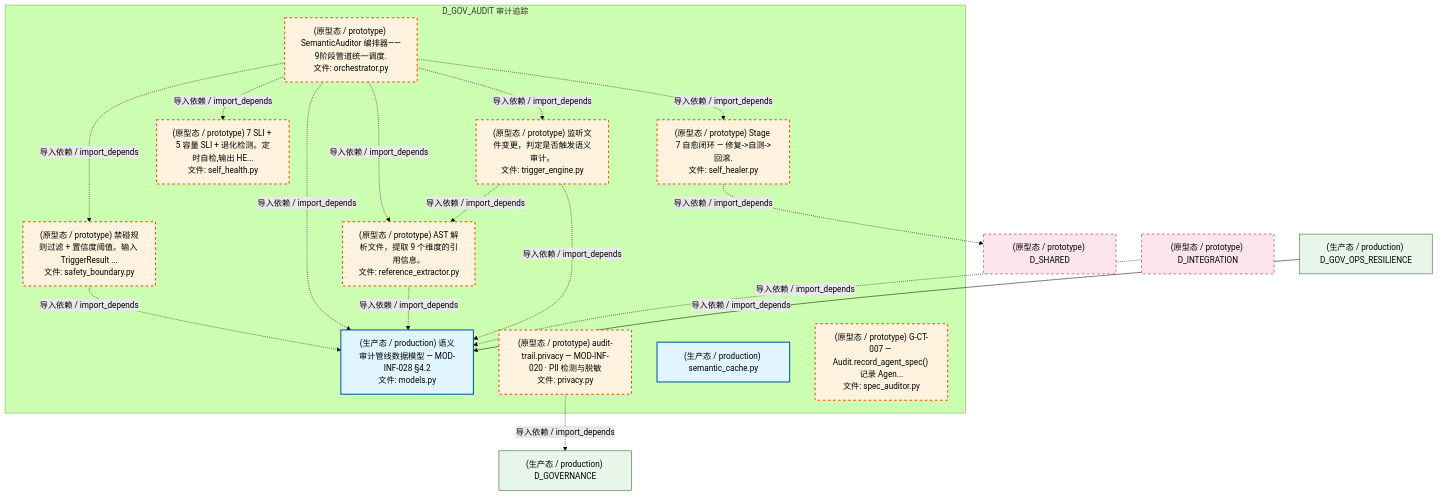
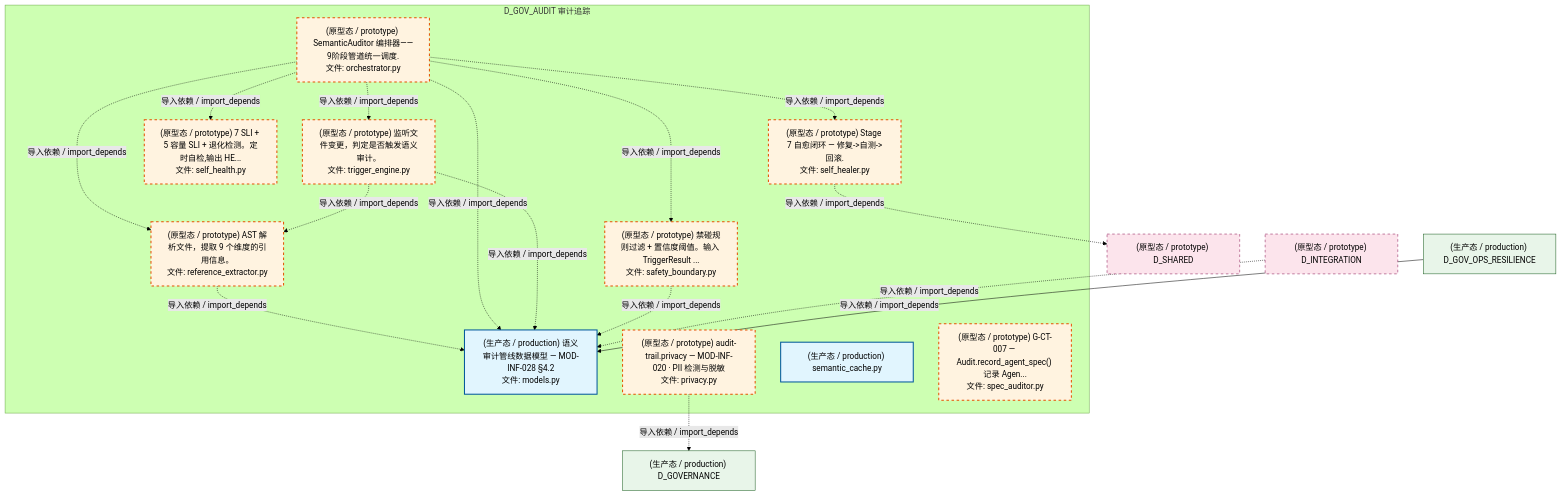
Before and after one commit to xuanFelixVan/ZephyrAlpha: the fourth of 8 diagrams in docs/02_enterprise_architecture/02_domain_architecture_docs/39_d_gov_audit.md, drawn with Mermaid (forest theme). The commit also changed other lines of this file and 102 other files, not shown here.

````diff
--- a/docs/02_enterprise_architecture/02_domain_architecture_docs/39_d_gov_audit.md
+++ b/docs/02_enterprise_architecture/02_domain_architecture_docs/39_d_gov_audit.md
@@ -448,41 +448,41 @@
 ```mermaid
 graph TD
     subgraph D_GOV_AUDIT["D_GOV_AUDIT 审计追踪"]
         src_zephyr_governance_semantic_audit_models_py["(生产态 / production) 语义审计管线数据模型 — MOD-INF-028 §4.2<br/>文件: models.py"]
         src_zephyr_governance_semantic_audit_orchestrator_py["(原型态 / prototype) SemanticAuditor 编排器——9阶段管道统一调度.<br/>文件: orchestrator.py"]
         src_zephyr_governance_semantic_audit_privacy_py["(原型态 / prototype) audit-trail.privacy — MOD-INF-020 · PII 检测与脱敏<br/>文件: privacy.py"]
         src_zephyr_governance_semantic_audit_reference_extractor_py["(原型态 / prototype) AST 解析文件，提取 9 个维度的引用信息。<br/>文件: reference_extractor.py"]
         src_zephyr_governance_semantic_audit_safety_boundary_py["(原型态 / prototype) 禁碰规则过滤 + 置信度阈值。输入 TriggerResult ...<br/>文件: safety_boundary.py"]
         src_zephyr_governance_semantic_audit_self_healer_py["(原型态 / prototype) Stage 7 自愈闭环 — 修复->自测->回滚.<br/>文件: self_healer.py"]
         src_zephyr_governance_semantic_audit_self_health_py["(原型态 / prototype) 7 SLI + 5 容量 SLI + 退化检测。定时自检,输出 HE...<br/>文件: self_health.py"]
         src_zephyr_governance_semantic_audit_semantic_cache_py["(生产态 / production) semantic_cache.py"]
         src_zephyr_governance_semantic_audit_spec_auditor_py["(原型态 / prototype) G-CT-007 — Audit.record_agent_spec() 记录 Agen...<br/>文件: spec_auditor.py"]
         src_zephyr_governance_semantic_audit_trigger_engine_py["(原型态 / prototype) 监听文件变更，判定是否触发语义审计。<br/>文件: trigger_engine.py"]
     end
-    src_zephyr_governance_semantic_audit_safety_boundary_py -.->|导入依赖 / import_depends| src_zephyr_governance_semantic_audit_models_py
+    src_zephyr_governance_semantic_audit_reference_extractor_py -.->|导入依赖 / import_depends| src_zephyr_governance_semantic_audit_models_py
+    src_zephyr_governance_semantic_audit_orchestrator_py -.->|导入依赖 / import_depends| src_zephyr_governance_semantic_audit_models_py
+    src_zephyr_governance_semantic_audit_orchestrator_py -.->|导入依赖 / import_depends| src_zephyr_governance_semantic_audit_reference_extractor_py
+    src_zephyr_governance_semantic_audit_orchestrator_py -.->|导入依赖 / import_depends| src_zephyr_governance_semantic_audit_trigger_engine_py
+    src_zephyr_governance_semantic_audit_orchestrator_py -.->|导入依赖 / import_depends| src_zephyr_governance_semantic_audit_self_health_py
     src_zephyr_governance_semantic_audit_orchestrator_py -.->|导入依赖 / import_depends| src_zephyr_governance_semantic_audit_safety_boundary_py
-    src_zephyr_governance_semantic_audit_orchestrator_py -.->|导入依赖 / import_depends| src_zephyr_governance_semantic_audit_models_py
     src_zephyr_governance_semantic_audit_orchestrator_py -.->|导入依赖 / import_depends| src_zephyr_governance_semantic_audit_self_healer_py
-    src_zephyr_governance_semantic_audit_orchestrator_py -.->|导入依赖 / import_depends| src_zephyr_governance_semantic_audit_reference_extractor_py
-    src_zephyr_governance_semantic_audit_orchestrator_py -.->|导入依赖 / import_depends| src_zephyr_governance_semantic_audit_self_health_py
-    src_zephyr_governance_semantic_audit_orchestrator_py -.->|导入依赖 / import_depends| src_zephyr_governance_semantic_audit_trigger_engine_py
-    src_zephyr_governance_semantic_audit_reference_extractor_py -.->|导入依赖 / import_depends| src_zephyr_governance_semantic_audit_models_py
     src_zephyr_governance_semantic_audit_trigger_engine_py -.->|导入依赖 / import_depends| src_zephyr_governance_semantic_audit_models_py
     src_zephyr_governance_semantic_audit_trigger_engine_py -.->|导入依赖 / import_depends| src_zephyr_governance_semantic_audit_reference_extractor_py
+    src_zephyr_governance_semantic_audit_safety_boundary_py -.->|导入依赖 / import_depends| src_zephyr_governance_semantic_audit_models_py
     D_GOVERNANCE["(生产态 / production) D_GOVERNANCE"]
     src_zephyr_governance_semantic_audit_privacy_py -.->|导入依赖 / import_depends| D_GOVERNANCE
     D_SHARED["(原型态 / prototype) D_SHARED"]
     src_zephyr_governance_semantic_audit_self_healer_py -.->|导入依赖 / import_depends| D_SHARED
     D_INTEGRATION["(原型态 / prototype) D_INTEGRATION"]
     D_INTEGRATION -.->|导入依赖 / import_depends| src_zephyr_governance_semantic_audit_models_py
     D_GOV_OPS_RESILIENCE["(生产态 / production) D_GOV_OPS_RESILIENCE"]
     D_GOV_OPS_RESILIENCE -->|导入依赖 / import_depends| src_zephyr_governance_semantic_audit_models_py
     classDef production fill:#e1f5fe,stroke:#01579b,stroke-width:2px,color:#000
     classDef design fill:#fff3e0,stroke:#e65100,stroke-width:2px,color:#000,stroke-dasharray: 5 5
     classDef external_prod fill:#e8f5e9,stroke:#1b5e20,stroke-width:1px,color:#000
     classDef external_design fill:#fce4ec,stroke:#880e4f,stroke-width:1px,color:#000,stroke-dasharray: 5 5
     class src_zephyr_governance_semantic_audit_models_py,src_zephyr_governance_semantic_audit_semantic_cache_py production
     class src_zephyr_governance_semantic_audit_orchestrator_py,src_zephyr_governance_semantic_audit_privacy_py,src_zephyr_governance_semantic_audit_reference_extractor_py,src_zephyr_governance_semantic_audit_safety_boundary_py,src_zephyr_governance_semantic_audit_self_healer_py,src_zephyr_governance_semantic_audit_self_health_py,src_zephyr_governance_semantic_audit_spec_auditor_py,src_zephyr_governance_semantic_audit_trigger_engine_py design
     class D_GOVERNANCE,D_GOV_OPS_RESILIENCE external_prod
     class D_SHARED,D_INTEGRATION external_design
 ```
````
